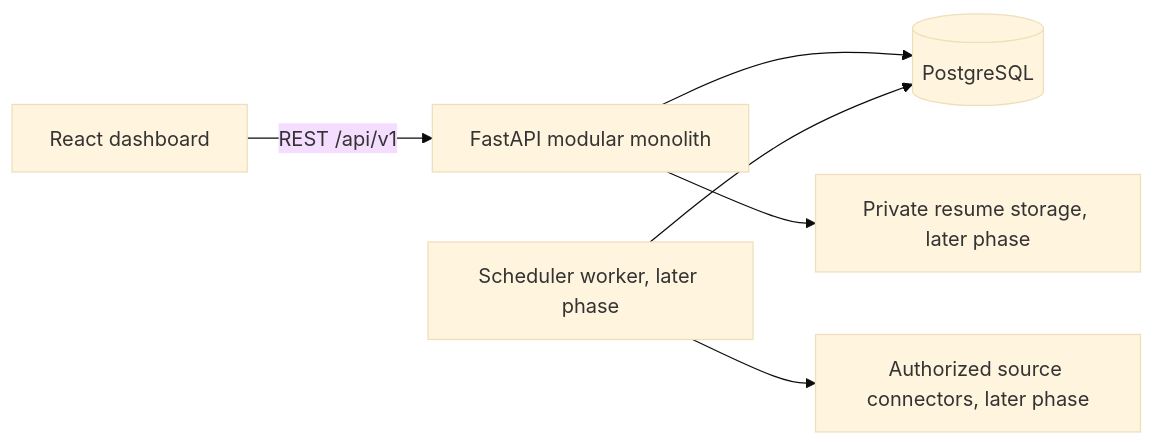
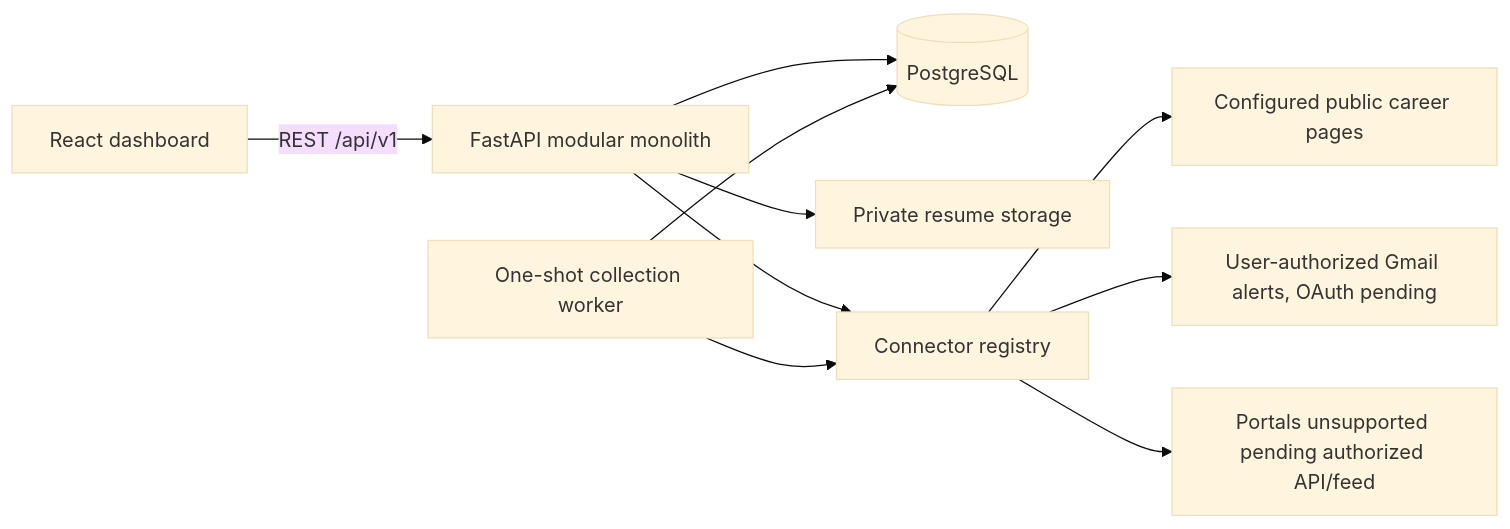
One commit to karthi-keyan67/job_hunting_AI_application changed the diagram in docs/architecture.md. Above: the diagram before and after it, drawn with Mermaid (base theme). The commit also changed other lines of this file and 76 other files, not shown here.

````diff
--- a/docs/architecture.md
+++ b/docs/architecture.md
@@ -7,8 +7,12 @@
 ```mermaid
 flowchart LR
   Browser[React dashboard] -->|REST /api/v1| API[FastAPI modular monolith]
   API --> DB[(PostgreSQL)]
-  Worker[Scheduler worker, later phase] --> DB
-  Worker --> Sources[Authorized source connectors, later phase]
-  API --> Storage[Private resume storage, later phase]
+  API --> Storage[Private resume storage]
+  API --> Registry[Connector registry]
+  Worker[One-shot collection worker] --> DB
+  Worker --> Registry
+  Registry --> Public[Configured public career pages]
+  Registry --> Gmail[User-authorized Gmail alerts, OAuth pending]
+  Registry --> Unsupported[Portals unsupported pending authorized API/feed]
 ```
````
